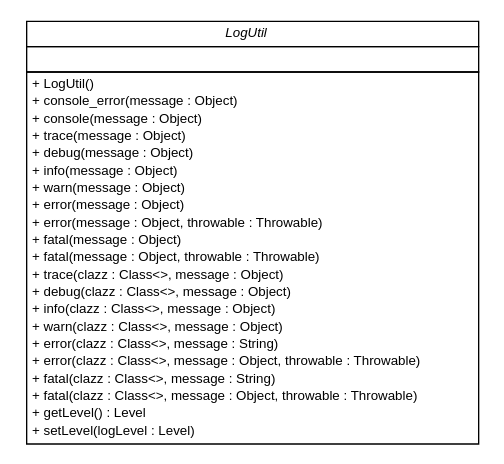
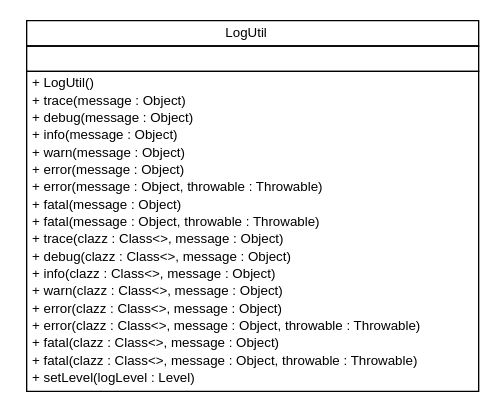
One commit to pcross616/lf-osc-proxy changed the diagram in apidocs/com/xley/lfosc/util/com.xley.lfosc.util.dot. Above: the diagram before and after it, drawn with Graphviz. The commit also changed 541 other files, not shown here.

```diff
--- a/apidocs/com/xley/lfosc/util/com.xley.lfosc.util.dot
+++ b/apidocs/com/xley/lfosc/util/com.xley.lfosc.util.dot
@@ -1,44 +1,41 @@
 #!/usr/local/bin/dot
 #
 # Class diagram 
 # Generated by UMLGraph version R5_6 (http://www.umlgraph.org/)
 #
 
 digraph G {
 	edge [fontname="Helvetica",fontsize=10,labelfontname="Helvetica",labelfontsize=10];
 	node [fontname="Helvetica",fontsize=10,shape=plaintext];
 	nodesep=0.25;
 	ranksep=0.5;
 	// com.xley.lfosc.util.LogUtil
 	c0 [label=<<table title="com.xley.lfosc.util.LogUtil" border="0" cellborder="1" cellspacing="0" cellpadding="2" port="p" href="./LogUtil.html">
 		<tr><td><table border="0" cellspacing="0" cellpadding="1">
-<tr><td align="center" balign="center"><font face="Helvetica-Oblique"> LogUtil </font></td></tr>
+<tr><td align="center" balign="center"> LogUtil </td></tr>
 		</table></td></tr>
 		<tr><td><table border="0" cellspacing="0" cellpadding="1">
 <tr><td align="left" balign="left">  </td></tr>
 		</table></td></tr>
 		<tr><td><table border="0" cellspacing="0" cellpadding="1">
 <tr><td align="left" balign="left"> + LogUtil() </td></tr>
-<tr><td align="left" balign="left"> + console_error(message : Object) </td></tr>
-<tr><td align="left" balign="left"> + console(message : Object) </td></tr>
 <tr><td align="left" balign="left"> + trace(message : Object) </td></tr>
 <tr><td align="left" balign="left"> + debug(message : Object) </td></tr>
 <tr><td align="left" balign="left"> + info(message : Object) </td></tr>
 <tr><td align="left" balign="left"> + warn(message : Object) </td></tr>
 <tr><td align="left" balign="left"> + error(message : Object) </td></tr>
 <tr><td align="left" balign="left"> + error(message : Object, throwable : Throwable) </td></tr>
 <tr><td align="left" balign="left"> + fatal(message : Object) </td></tr>
 <tr><td align="left" balign="left"> + fatal(message : Object, throwable : Throwable) </td></tr>
 <tr><td align="left" balign="left"> + trace(clazz : Class&lt;&gt;, message : Object) </td></tr>
 <tr><td align="left" balign="left"> + debug(clazz : Class&lt;&gt;, message : Object) </td></tr>
 <tr><td align="left" balign="left"> + info(clazz : Class&lt;&gt;, message : Object) </td></tr>
 <tr><td align="left" balign="left"> + warn(clazz : Class&lt;&gt;, message : Object) </td></tr>
-<tr><td align="left" balign="left"> + error(clazz : Class&lt;&gt;, message : String) </td></tr>
+<tr><td align="left" balign="left"> + error(clazz : Class&lt;&gt;, message : Object) </td></tr>
 <tr><td align="left" balign="left"> + error(clazz : Class&lt;&gt;, message : Object, throwable : Throwable) </td></tr>
-<tr><td align="left" balign="left"> + fatal(clazz : Class&lt;&gt;, message : String) </td></tr>
+<tr><td align="left" balign="left"> + fatal(clazz : Class&lt;&gt;, message : Object) </td></tr>
 <tr><td align="left" balign="left"> + fatal(clazz : Class&lt;&gt;, message : Object, throwable : Throwable) </td></tr>
-<tr><td align="left" balign="left"> + getLevel() : Level </td></tr>
 <tr><td align="left" balign="left"> + setLevel(logLevel : Level) </td></tr>
 		</table></td></tr>
 		</table>>, URL="./LogUtil.html", fontname="Helvetica", fontcolor="black", fontsize=10.0];
 }
```
